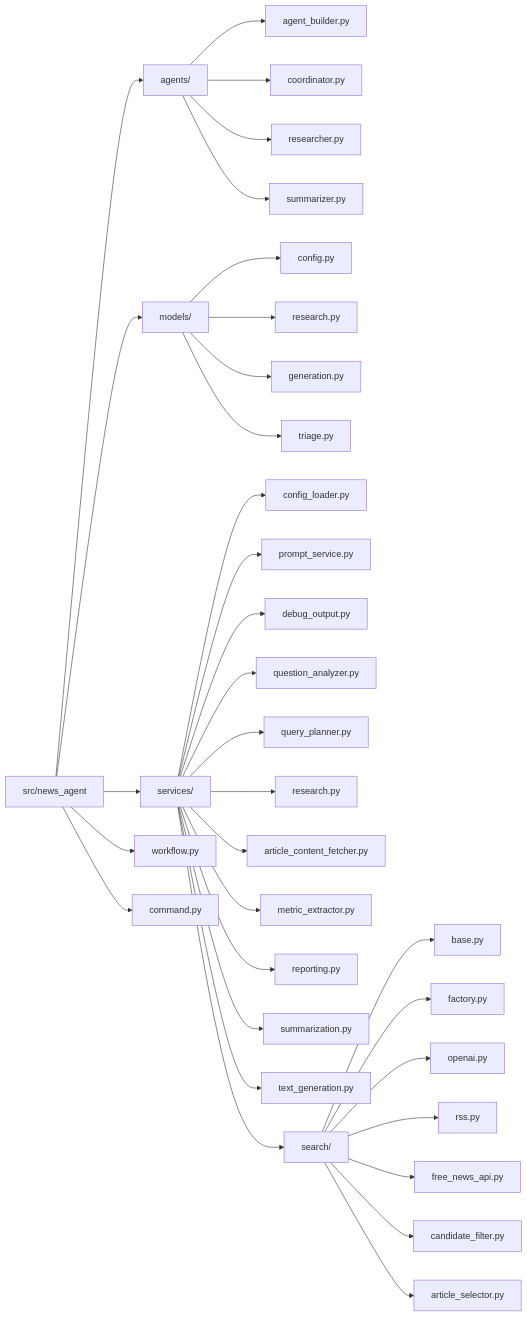
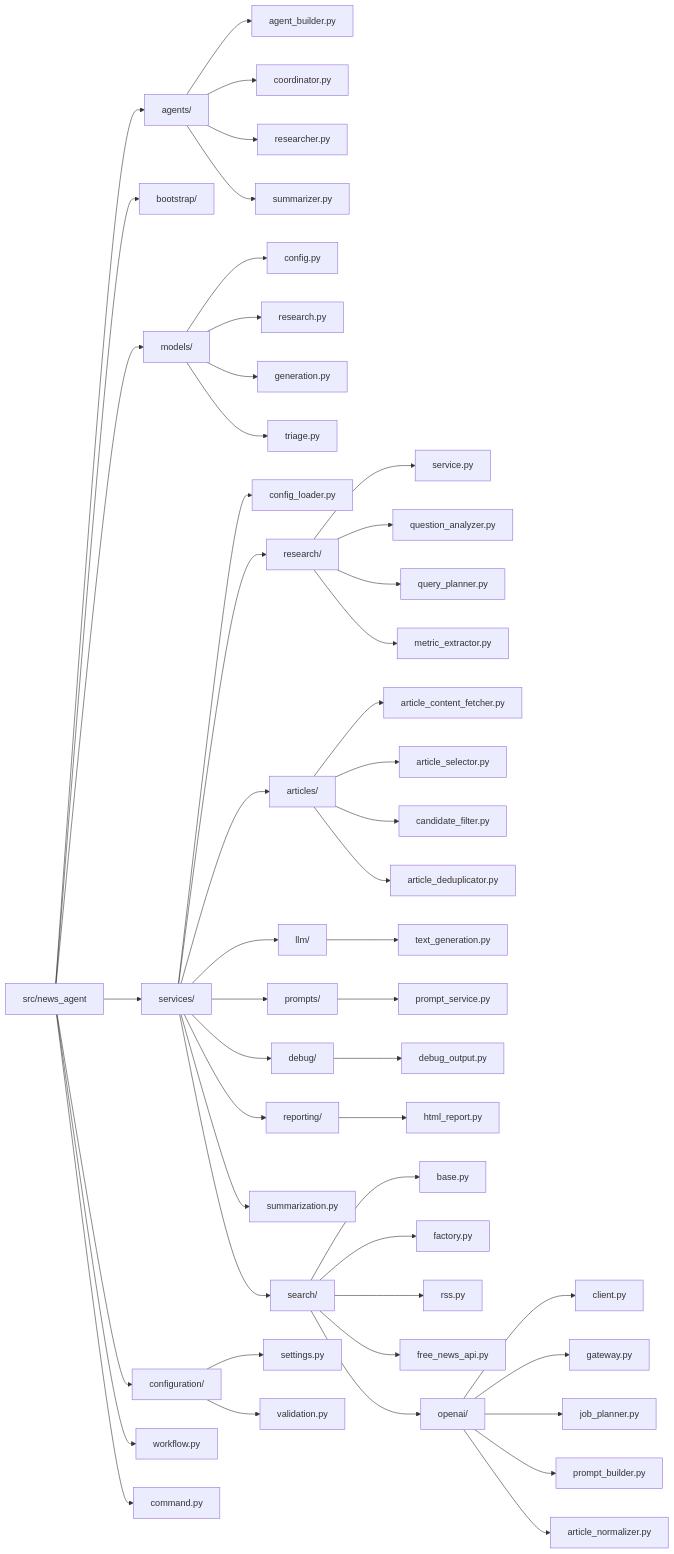
The second of 5 diagrams in docs/ARCHITECTURE.md (mouak-ayoub/news_agent), drawn with Mermaid before and after one commit. The commit also changed other lines of this file and 39 other files, not shown here.

````diff
--- a/docs/ARCHITECTURE.md
+++ b/docs/ARCHITECTURE.md
@@ -40,39 +40,60 @@
 ```mermaid
 flowchart LR
     Root["src/news_agent"] --> Agents["agents/"]
+    Root --> Bootstrap["bootstrap/"]
+    Root --> Configuration["configuration/"]
     Root --> Models["models/"]
     Root --> Services["services/"]
     Root --> Workflow["workflow.py"]
     Root --> Command["command.py"]
 
     Agents --> AB["agent_builder.py"]
     Agents --> CO["coordinator.py"]
     Agents --> RE["researcher.py"]
     Agents --> SU["summarizer.py"]
 
     Models --> MC["config.py"]
     Models --> MR["research.py"]
     Models --> MG["generation.py"]
     Models --> MT["triage.py"]
 
     Services --> CL["config_loader.py"]
-    Services --> PS["prompt_service.py"]
-    Services --> DO["debug_output.py"]
-    Services --> QA["question_analyzer.py"]
-    Services --> QP["query_planner.py"]
-    Services --> RS["research.py"]
-    Services --> ACF["article_content_fetcher.py"]
-    Services --> MX["metric_extractor.py"]
-    Services --> RP["reporting.py"]
+    Services --> ResearchPkg["research/"]
+    Services --> ArticlesPkg["articles/"]
+    Services --> LLMPkg["llm/"]
+    Services --> PromptsPkg["prompts/"]
+    Services --> DebugPkg["debug/"]
+    Services --> ReportingPkg["reporting/"]
     Services --> SM["summarization.py"]
-    Services --> TG["text_generation.py"]
     Services --> Search["search/"]
+
+    Configuration --> Settings["settings.py"]
+    Configuration --> Validation["validation.py"]
+
+    ResearchPkg --> RS["service.py"]
+    ResearchPkg --> QA["question_analyzer.py"]
+    ResearchPkg --> QP["query_planner.py"]
+    ResearchPkg --> MX["metric_extractor.py"]
+
+    ArticlesPkg --> ACF["article_content_fetcher.py"]
+    ArticlesPkg --> AS["article_selector.py"]
+    ArticlesPkg --> CF["candidate_filter.py"]
+    ArticlesPkg --> AD["article_deduplicator.py"]
+
+    LLMPkg --> TG["text_generation.py"]
+    PromptsPkg --> PS["prompt_service.py"]
+    DebugPkg --> DO["debug_output.py"]
+    ReportingPkg --> RP["html_report.py"]
 
     Search --> SB["base.py"]
     Search --> SF["factory.py"]
-    Search --> SO["openai.py"]
     Search --> SR["rss.py"]
     Search --> SN["free_news_api.py"]
-    Search --> CF["candidate_filter.py"]
-    Search --> AS["article_selector.py"]
+    Search --> OpenAI["openai/"]
+
+    OpenAI --> SO["client.py"]
+    OpenAI --> GW["gateway.py"]
+    OpenAI --> JP["job_planner.py"]
+    OpenAI --> PB["prompt_builder.py"]
+    OpenAI --> ON["article_normalizer.py"]
 ```
````
